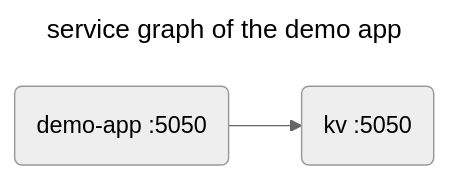
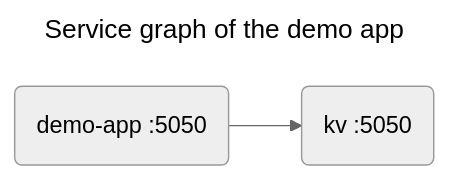
One commit to kumahq/kuma-website changed the diagram in app/_src/quickstart/kubernetes-demo-kv.md. Above: the diagram before and after it, drawn with Mermaid (neutral theme). The commit also changed 4 other files, not shown here.

```diff
--- a/app/_src/quickstart/kubernetes-demo-kv.md
+++ b/app/_src/quickstart/kubernetes-demo-kv.md
@@ -11,9 +11,9 @@
 {% mermaid %}
 ---
-title: service graph of the demo app
+title: Service graph of the demo app
 ---
 flowchart LR
 demo-app(demo-app :5050)
 kv(kv :5050)
 demo-app --> kv
 {% endmermaid %}
```
